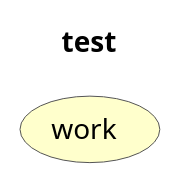
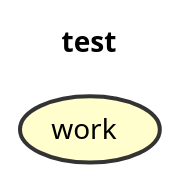
The diagram in resources/puml/gist-nfabre.puml (jawira/phing-visualizer), drawn with PlantUML before and after one commit. The commit also changed 19 other files, not shown here.

```diff
--- a/resources/puml/gist-nfabre.puml
+++ b/resources/puml/gist-nfabre.puml
@@ -1,20 +1,15 @@
 @startuml
 
 title test
-hide stereotype
-skinparam Arrow {
-Color #555555
-FontColor #555555
-}
-skinparam UseCase {
-BackgroundColor #FFFFCC
-BorderColor #555555
-}
+skinparam ArrowFontColor Black
+skinparam ArrowThickness 2
+skinparam UseCaseBackgroundColor #FFFECC
+skinparam UseCaseBorderColor #333333
+skinparam UseCaseBorderThickness 2
+skinparam UseCaseFontColor Black
 
-skinparam UseCase {
-BackgroundColor<< test >> #FFFFCC
-}
-(work)<< test >>
+(work)
+
 
 
 @enduml
```
